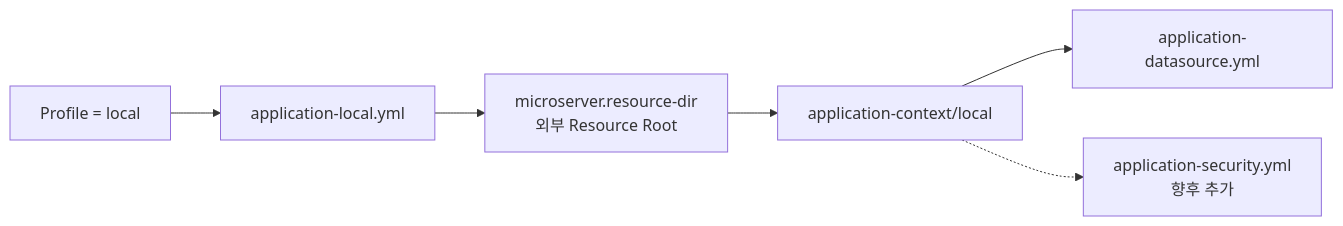
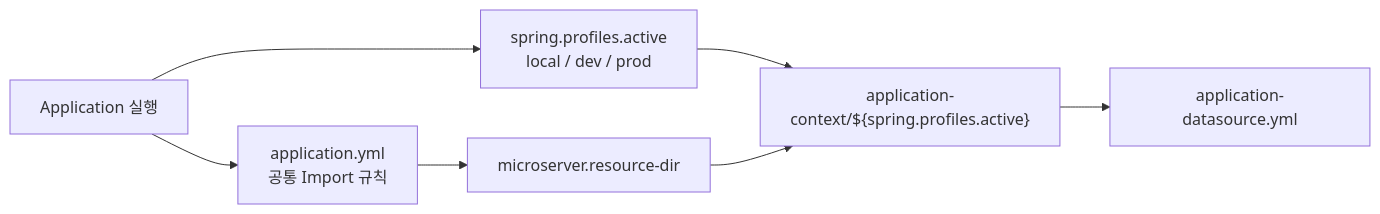
One commit to Team-Microserver/microserver-docs changed the third of 6 diagrams in docs/04_multi_project_framework/01_datasource/datasource_framework_setup.md. Above: the diagram before and after it, drawn with Mermaid. The commit also changed other lines of this file and 4 other files, not shown here.

````diff
--- a/docs/04_multi_project_framework/01_datasource/datasource_framework_setup.md
+++ b/docs/04_multi_project_framework/01_datasource/datasource_framework_setup.md
@@ -310,15 +280,16 @@
 ```mermaid
 flowchart LR
-    PROFILE["Profile = local"]
-    LOCAL["application-local.yml"]
-    ROOT["microserver.resource-dir<br/>외부 Resource Root"]
-    CONTEXT["application-context/local"]
+    RUN["Application 실행"]
+    PROFILE["spring.profiles.active<br/>local / dev / prod"]
+    APP["application.yml<br/>공통 Import 규칙"]
+    ROOT["microserver.resource-dir"]
+    ENV["application-context/${spring.profiles.active}"]
     DS["application-datasource.yml"]
-    SEC["application-security.yml<br/>향후 추가"]
 
-    PROFILE --> LOCAL
-    LOCAL --> ROOT
-    ROOT --> CONTEXT
-    CONTEXT --> DS
-    CONTEXT -.-> SEC
+    RUN --> PROFILE
+    RUN --> APP
+    APP --> ROOT
+    PROFILE --> ENV
+    ROOT --> ENV
+    ENV --> DS
 ```
````
